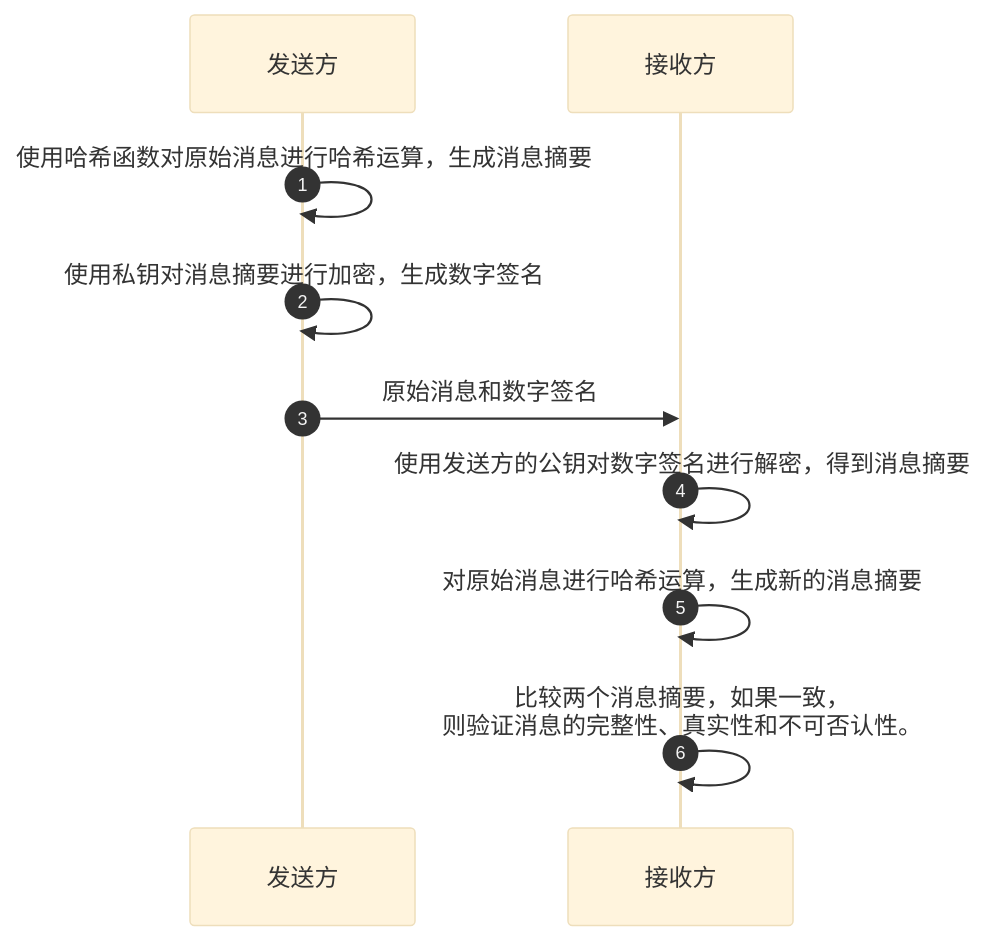
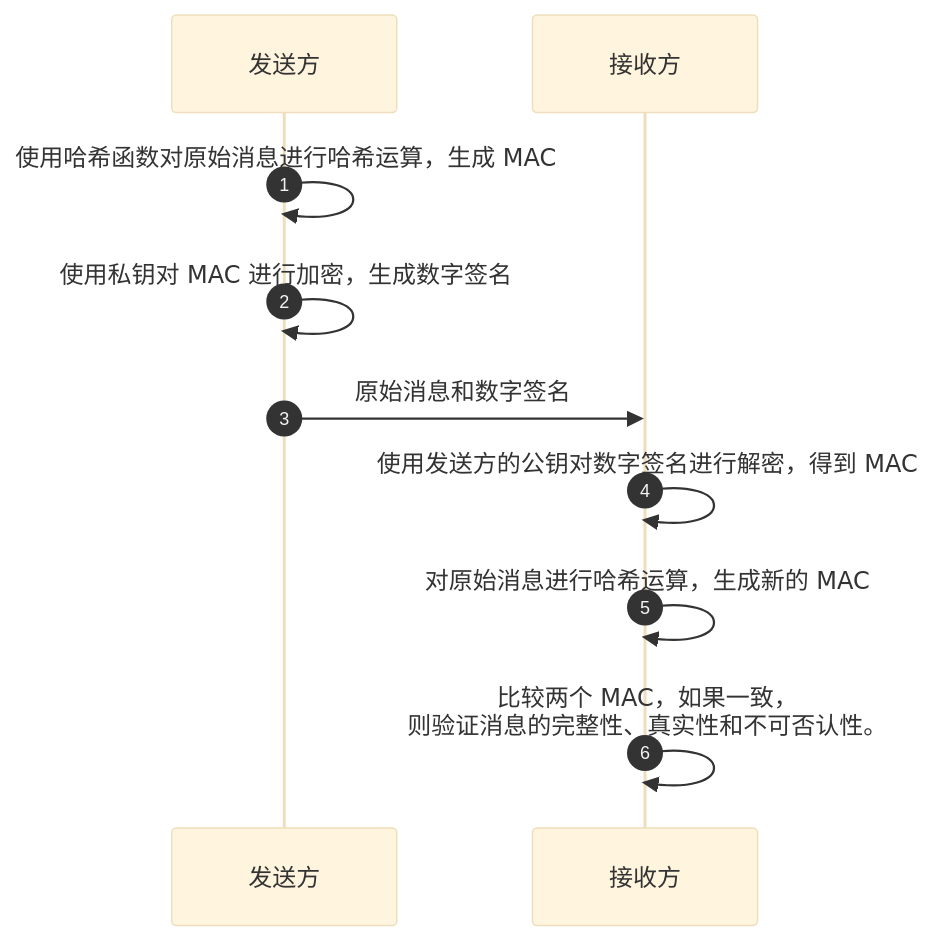
The diagram in content/post/Basic-Computer-Theory/Introduction-to-Information-Security/Message-Digest/index.md (tsctsc6/Hugo-Website), drawn with Mermaid (base theme) before and after one commit. The commit also changed other lines of this file and 2 other files, not shown here.

````diff
--- a/content/post/Basic-Computer-Theory/Introduction-to-Information-Security/Message-Digest/index.md
+++ b/content/post/Basic-Computer-Theory/Introduction-to-Information-Security/Message-Digest/index.md
@@ -33,12 +38,12 @@
 ```mermaid
 sequenceDiagram
     participant S as 发送方;
     participant R as 接收方;
     autonumber;
-    S->>S: 使用哈希函数对原始消息进行哈希运算，生成消息摘要;
-    S->>S: 使用私钥对消息摘要进行加密，生成数字签名;
+    S->>S: 使用哈希函数对原始消息进行哈希运算，生成 MAC;
+    S->>S: 使用私钥对 MAC 进行加密，生成数字签名;
     S->>R: 原始消息和数字签名;
-    R->>R: 使用发送方的公钥对数字签名进行解密，得到消息摘要;
-    R->>R: 对原始消息进行哈希运算，生成新的消息摘要;
-    R->>R: 比较两个消息摘要，如果一致，<br>则验证消息的完整性、真实性和不可否认性。;
+    R->>R: 使用发送方的公钥对数字签名进行解密，得到 MAC;
+    R->>R: 对原始消息进行哈希运算，生成新的 MAC;
+    R->>R: 比较两个 MAC，如果一致，<br>则验证消息的完整性、真实性和不可否认性。;
 ```
````
